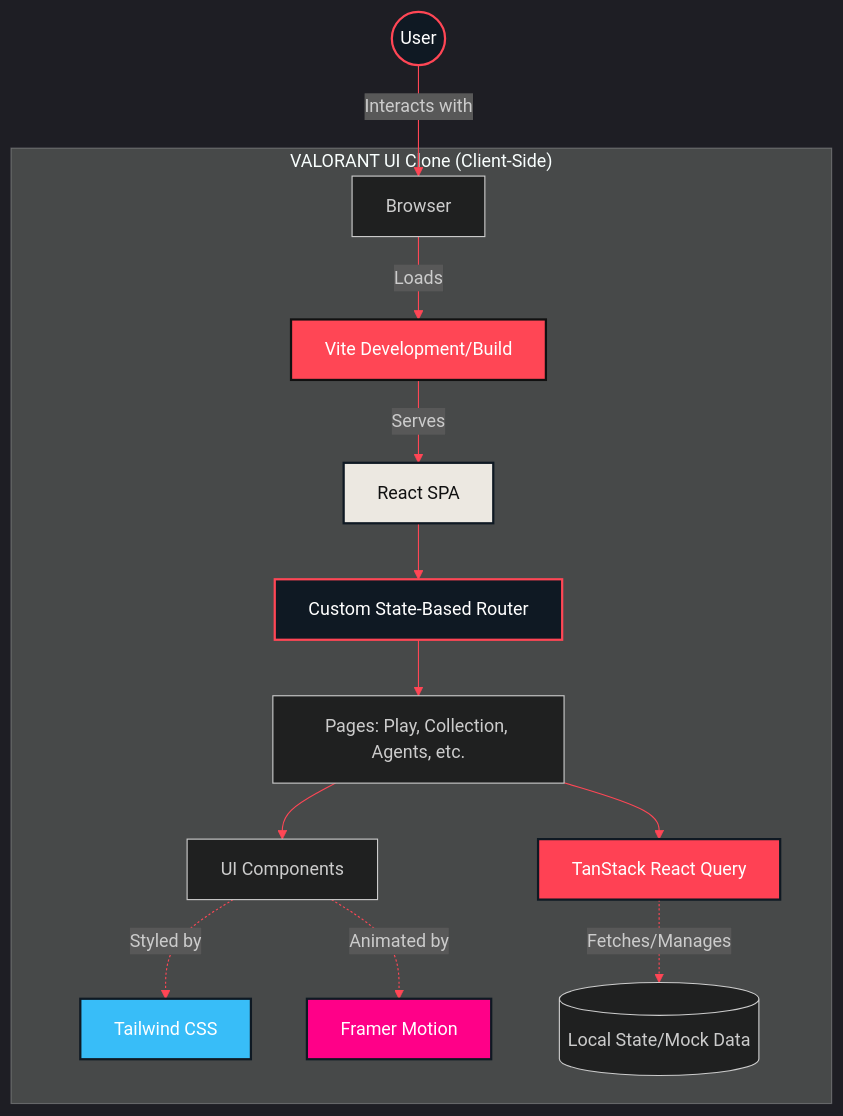
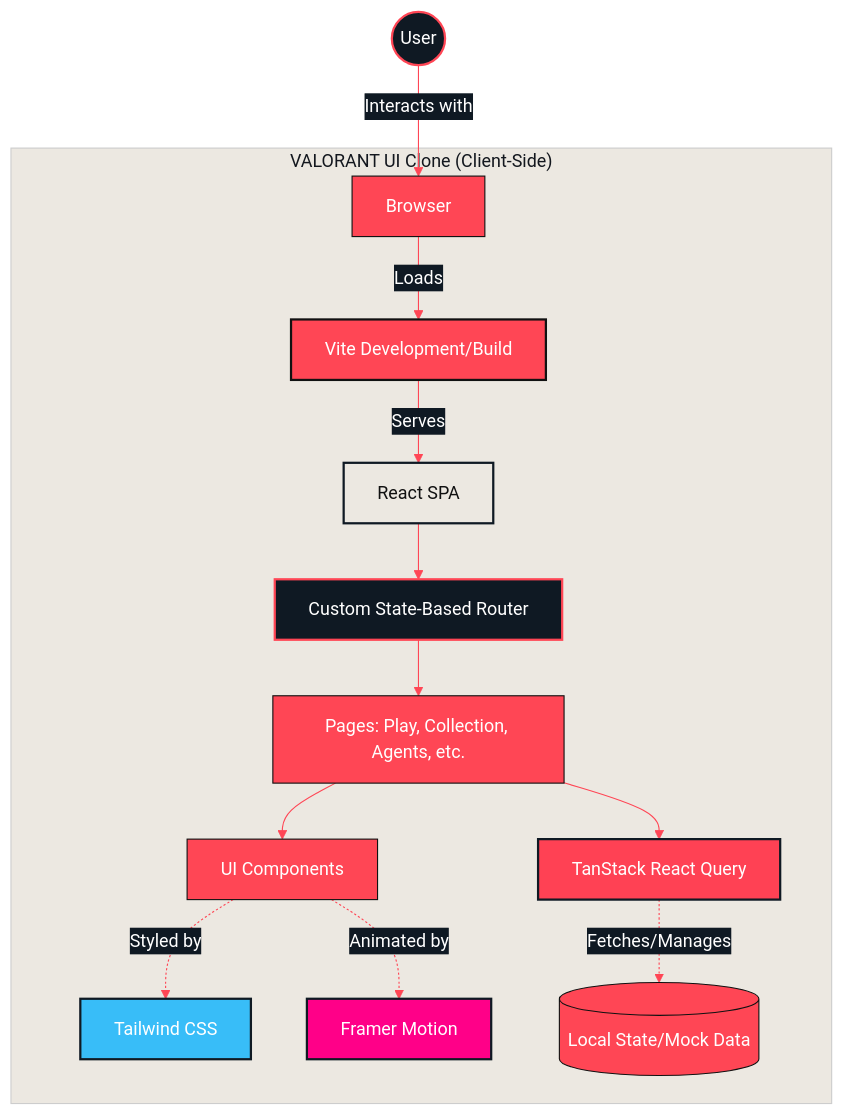
One commit to Mr-Nobody003/VALORANT changed the first of 4 diagrams in README.md. Above: the diagram before and after it, drawn with Mermaid. The commit also changed other lines of this file, not shown here.

````diff
--- a/README.md
+++ b/README.md
@@ -88,23 +88,23 @@
 ```mermaid
-%%{init: {'theme': 'dark', 'themeVariables': { 'primaryColor': '#ff4655', 'primaryTextColor': '#fff', 'primaryBorderColor': '#111', 'lineColor': '#ff4655', 'secondaryColor': '#0f1923', 'tertiaryColor': '#ece8e1', 'background': '#111111'}}}%%
+%%{init: {'theme': 'base', 'themeVariables': { 'primaryColor': '#ff4655', 'primaryTextColor': '#fff', 'primaryBorderColor': '#111', 'lineColor': '#ff4655', 'secondaryColor': '#0f1923', 'tertiaryColor': '#ece8e1'}}}%%
 graph TD
     User((User)) --> |Interacts with| Browser
     subgraph "VALORANT UI Clone (Client-Side)"
         Browser --> |Loads| Vite[Vite Development/Build]
         Vite --> |Serves| App[React SPA]
         App --> Router[Custom State-Based Router]
         Router --> Pages[Pages: Play, Collection, Agents, etc.]
         Pages --> Components[UI Components]
         Components -.-> |Styled by| Tailwind[Tailwind CSS]
         Components -.-> |Animated by| Framer[Framer Motion]
         Pages --> ReactQuery[TanStack React Query]
         ReactQuery -.-> |Fetches/Manages| LocalData[(Local State/Mock Data)]
     end
     style User fill:#0f1923,stroke:#ff4655,stroke-width:2px,color:#fff
     style Vite fill:#ff4655,stroke:#111,stroke-width:2px,color:#fff
     style App fill:#ece8e1,stroke:#0f1923,stroke-width:2px,color:#111
     style Router fill:#0f1923,stroke:#ff4655,stroke-width:2px,color:#fff
     style Tailwind fill:#38bdf8,stroke:#0f1923,stroke-width:2px,color:#fff
     style Framer fill:#ff0088,stroke:#0f1923,stroke-width:2px,color:#fff
     style ReactQuery fill:#ff4154,stroke:#0f1923,stroke-width:2px,color:#fff
 ```
````
